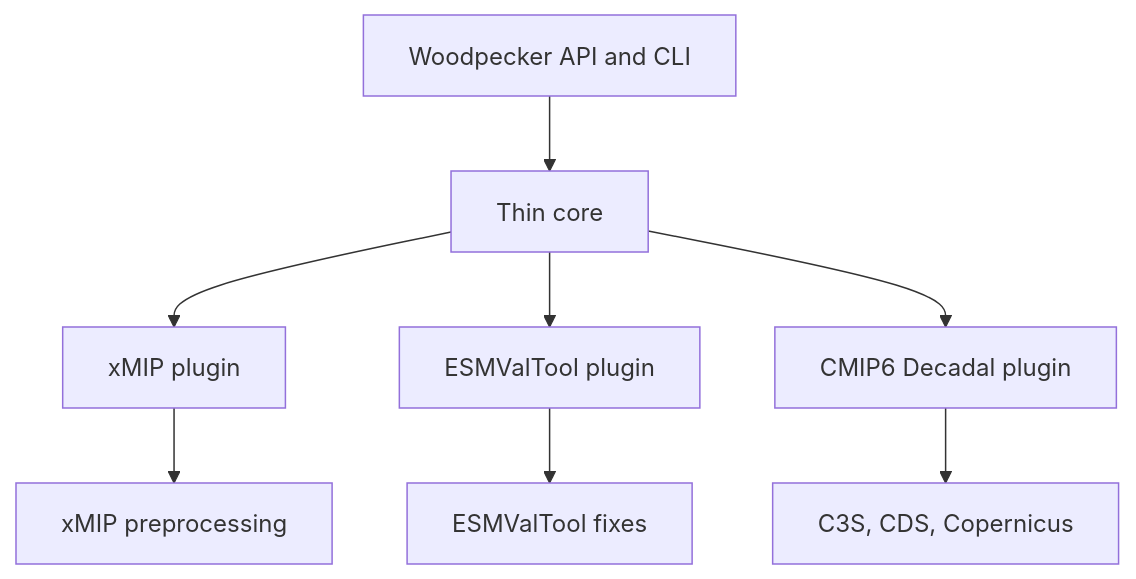
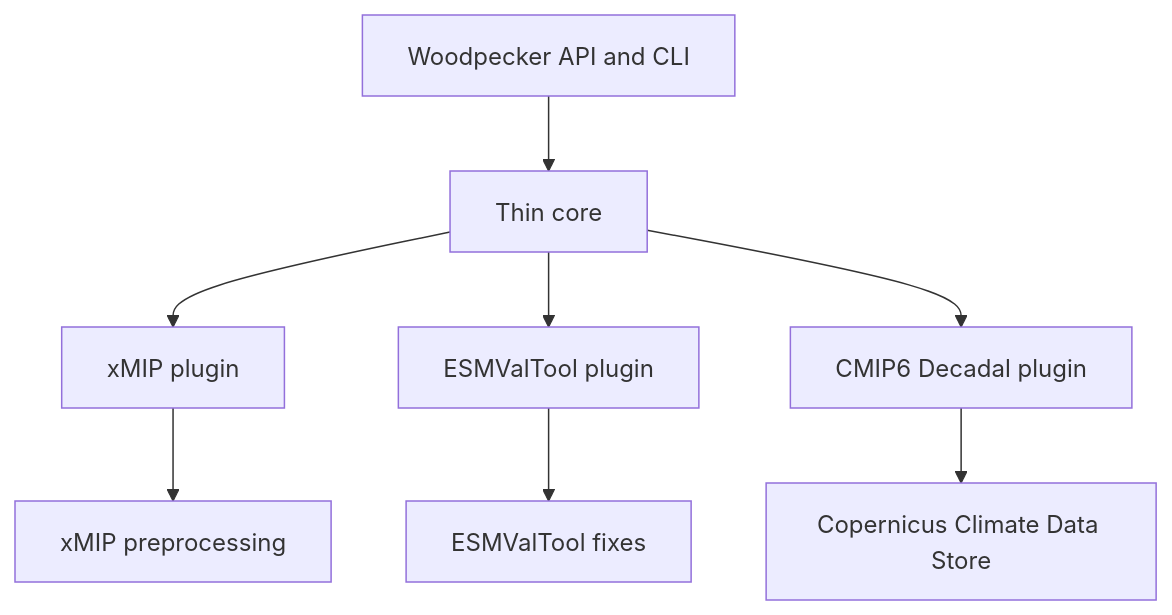
One commit to roocs/woodpecker changed the first of 4 diagrams in woodpecker-milano-slides.md. Above: the diagram before and after it, drawn with Mermaid. The commit also changed other lines of this file, not shown here.

````diff
--- a/woodpecker-milano-slides.md
+++ b/woodpecker-milano-slides.md
@@ -44,10 +61,10 @@
 ```mermaid
 flowchart TD
     U["Woodpecker API and CLI"] --> C["Thin core"]
     C --> P1["xMIP plugin"]
     C --> P2["ESMValTool plugin"]
     C --> P3["CMIP6 Decadal plugin"]
     P1 --> L1["xMIP preprocessing"]
     P2 --> L2["ESMValTool fixes"]
-    P3 --> L3["C3S, CDS, Copernicus"]
+    P3 --> L3["Copernicus Climate Data Store"]
 ```
````
